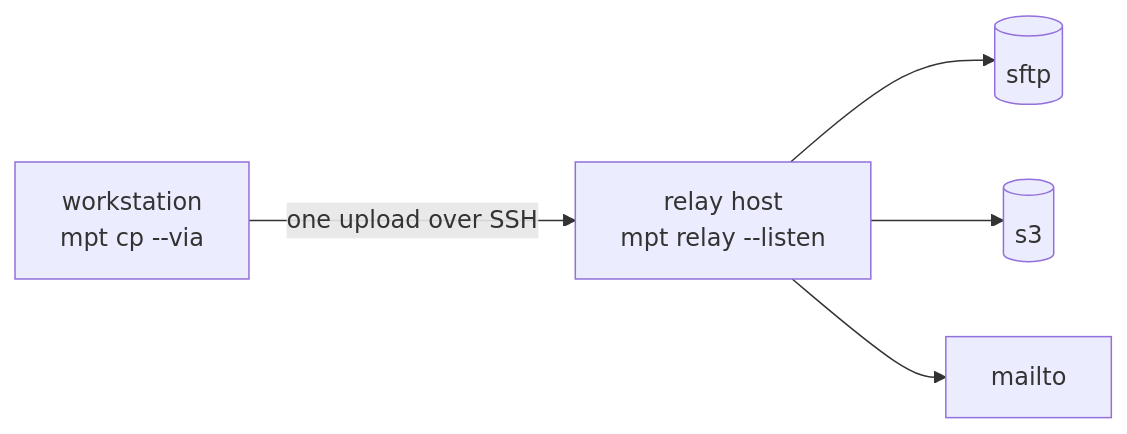
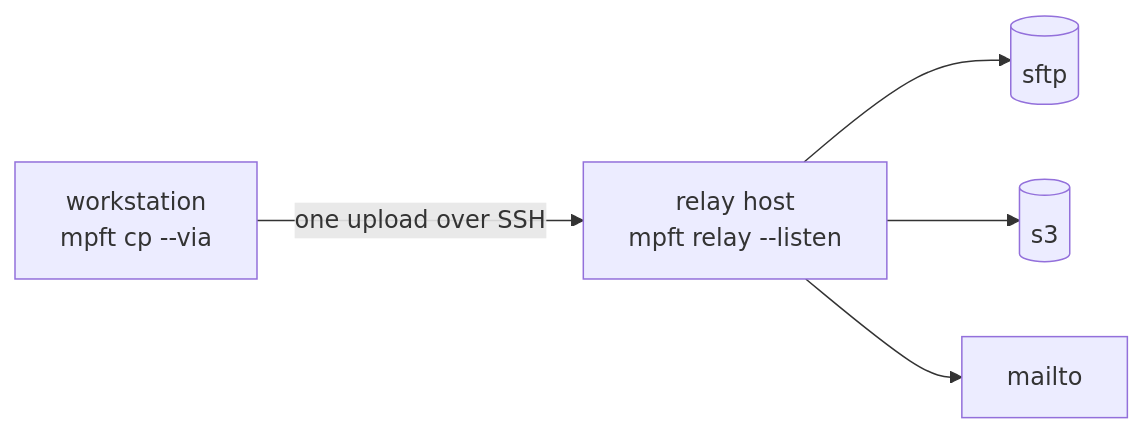
Before and after one commit to manuelbusch/mpft: the first of 6 diagrams in user_guide/src/server/deployment.md, drawn with Mermaid. The commit also changed other lines of this file and 108 other files, not shown here.

````diff
--- a/user_guide/src/server/deployment.md
+++ b/user_guide/src/server/deployment.md
@@ -13,7 +13,7 @@
 ```mermaid
 flowchart LR
-    W[workstation<br/>mpt cp --via] -- "one upload over SSH" --> R[relay host<br/>mpt relay --listen]
+    W[workstation<br/>mpft cp --via] -- "one upload over SSH" --> R[relay host<br/>mpft relay --listen]
     R --> A[(sftp)]
     R --> B[(s3)]
     R --> C[mailto]
 ```
````
